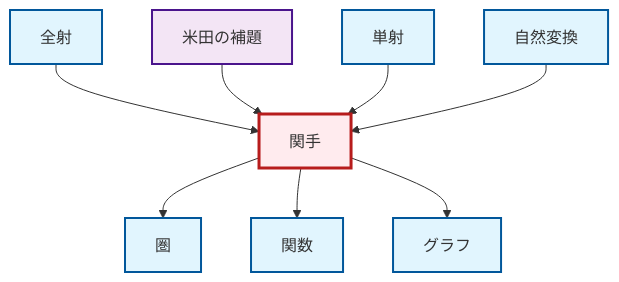
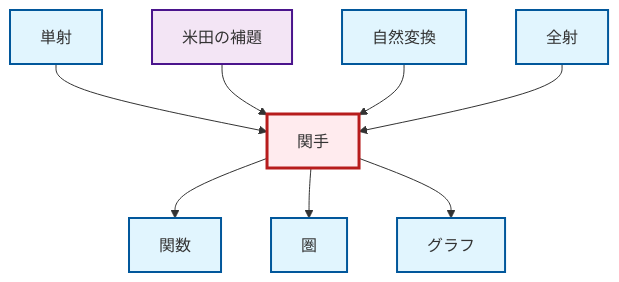
One commit to RK0429/ModernMath changed the diagram in output/mermaid/ja/def-functor.mermaid. Above: the diagram before and after it, drawn with Mermaid. The commit also changed other lines of this file and 1718 other files, not shown here.

```diff
--- a/output/mermaid/ja/def-functor.mermaid
+++ b/output/mermaid/ja/def-functor.mermaid
@@ -1,22 +1,22 @@
 graph TD
     classDef definition fill:#e1f5fe,stroke:#01579b,stroke-width:2px
     classDef theorem fill:#f3e5f5,stroke:#4a148c,stroke-width:2px
     classDef axiom fill:#fff3e0,stroke:#e65100,stroke-width:2px
     classDef example fill:#e8f5e9,stroke:#1b5e20,stroke-width:2px
     classDef current fill:#ffebee,stroke:#b71c1c,stroke-width:3px
-    thm-yoneda["米田の補題"]:::theorem
-    def-functor["関手"]:::definition
-    def-monomorphism["単射"]:::definition
     def-function["関数"]:::definition
     def-category["圏"]:::definition
+    def-epimorphism["全射"]:::definition
+    def-monomorphism["単射"]:::definition
+    def-functor["関手"]:::definition
+    def-graph["グラフ"]:::definition
+    thm-yoneda["米田の補題"]:::theorem
     def-natural-transformation["自然変換"]:::definition
-    def-epimorphism["全射"]:::definition
-    def-graph["グラフ"]:::definition
+    def-functor --> def-function
+    def-monomorphism --> def-functor
+    def-functor --> def-category
+    thm-yoneda --> def-functor
+    def-natural-transformation --> def-functor
+    def-functor --> def-graph
     def-epimorphism --> def-functor
-    def-functor --> def-category
-    def-functor --> def-function
-    def-functor --> def-graph
-    thm-yoneda --> def-functor
-    def-monomorphism --> def-functor
-    def-natural-transformation --> def-functor
     class def-functor current
```
